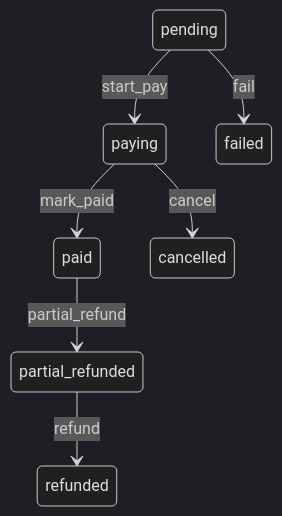
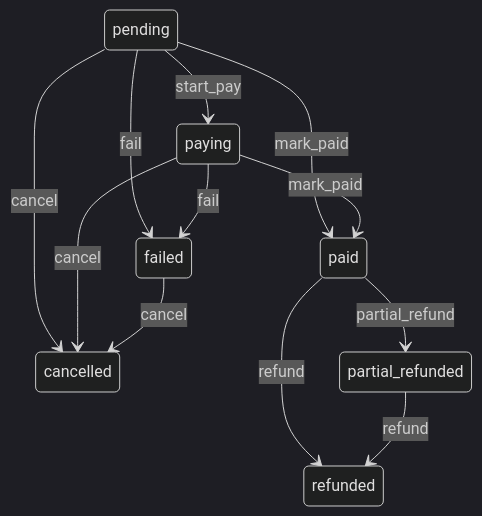
The second of 2 diagrams in docs/openapi/order-payment-flow.md (dream-studio-china/edc-online-membership), drawn with Mermaid (dark theme) before and after one commit. The commit also changed other lines of this file and 13 other files, not shown here.

````diff
--- a/docs/openapi/order-payment-flow.md
+++ b/docs/openapi/order-payment-flow.md
@@ -69,9 +69,14 @@
 ```mermaid
 stateDiagram-v2
     pending --> paying: start_pay
+    pending --> paid: mark_paid
     paying --> paid: mark_paid
+    pending --> failed: fail
+    paying --> failed: fail
+    pending --> cancelled: cancel
+    paying --> cancelled: cancel
+    failed --> cancelled: cancel
     paid --> partial_refunded: partial_refund
+    paid --> refunded: refund
     partial_refunded --> refunded: refund
-    pending --> failed: fail
-    paying --> cancelled: cancel
 ```
````
